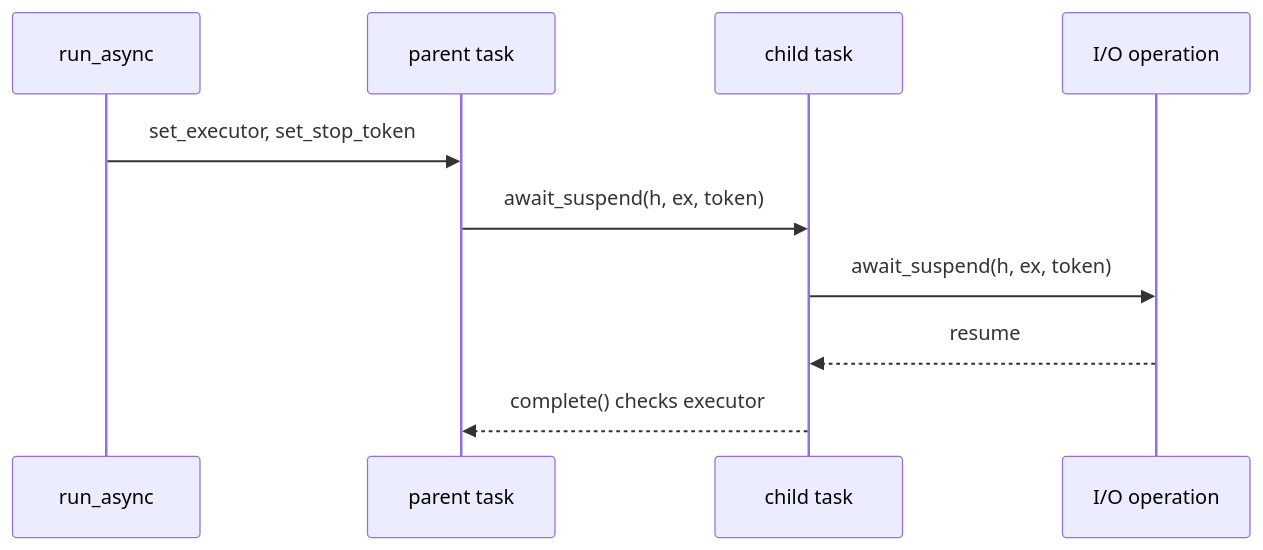
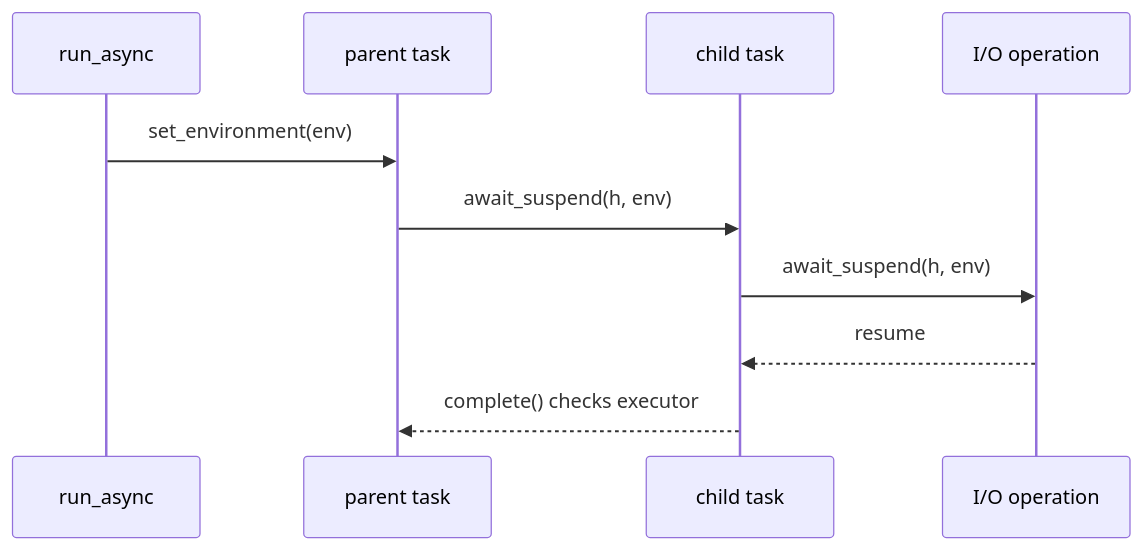
The second of 4 diagrams in source/d4003-io-awaitables.md (MungoG/cppa-wg21-papers), drawn with Mermaid before and after one commit. The commit also changed other lines of this file and 1 other file, not shown here.

Commit message:
Update D4003 for io_env

````diff
--- a/source/d4003-io-awaitables.md
+++ b/source/d4003-io-awaitables.md
@@ -558,13 +553,13 @@
 ```mermaid
 sequenceDiagram
     participant run_async
     participant parent as parent task
     participant child as child task
     participant io as I/O operation
 
-    run_async->>parent: set_executor, set_stop_token
-    parent->>child: await_suspend(h, ex, token)
-    child->>io: await_suspend(h, ex, token)
+    run_async->>parent: set_environment(env)
+    parent->>child: await_suspend(h, env)
+    child->>io: await_suspend(h, env)
     io-->>child: resume
     child-->>parent: complete() checks executor
 ```
````
